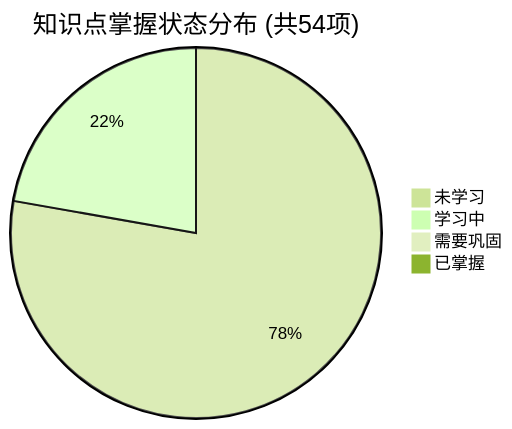
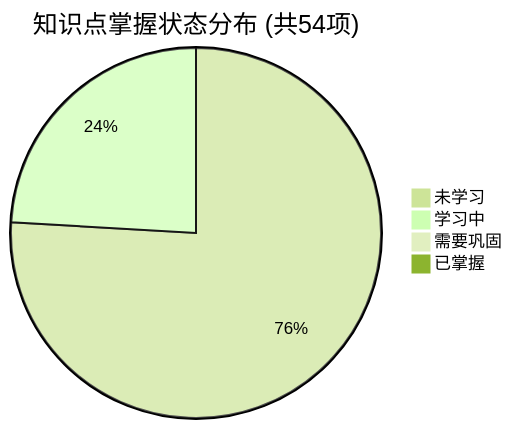
The first of 2 diagrams in PROGRESS.md (tieke1121/tech-interview-knowledge-base), drawn with Mermaid (forest theme) before and after one commit. The commit also changed other lines of this file and 1 other file, not shown here.

Commit message:
feat(day15): add data platform blueprint, productization & roi architecture document

````diff
--- a/PROGRESS.md
+++ b/PROGRESS.md
@@ -23,7 +23,7 @@
 ```mermaid
 pie title 知识点掌握状态分布 (共54项)
-    "未学习" : 42
-    "学习中" : 12
+    "未学习" : 41
+    "学习中" : 13
     "需要巩固" : 0
     "已掌握" : 0
 ```
````
